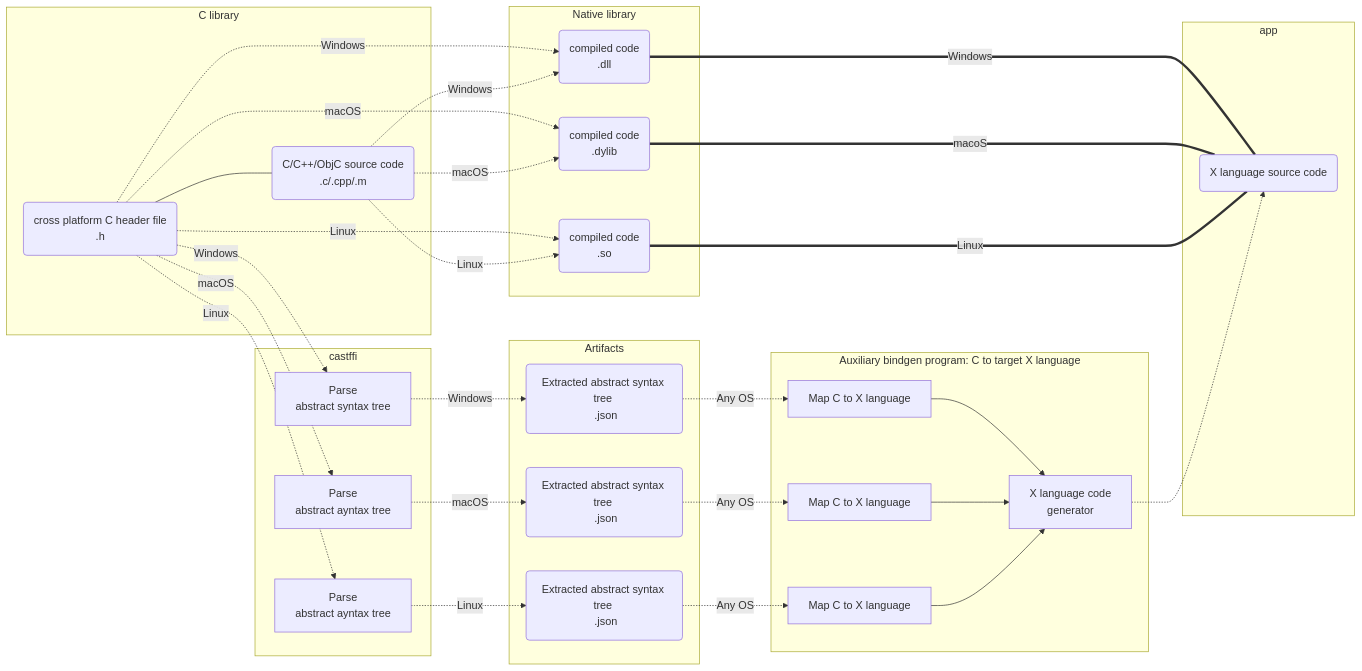
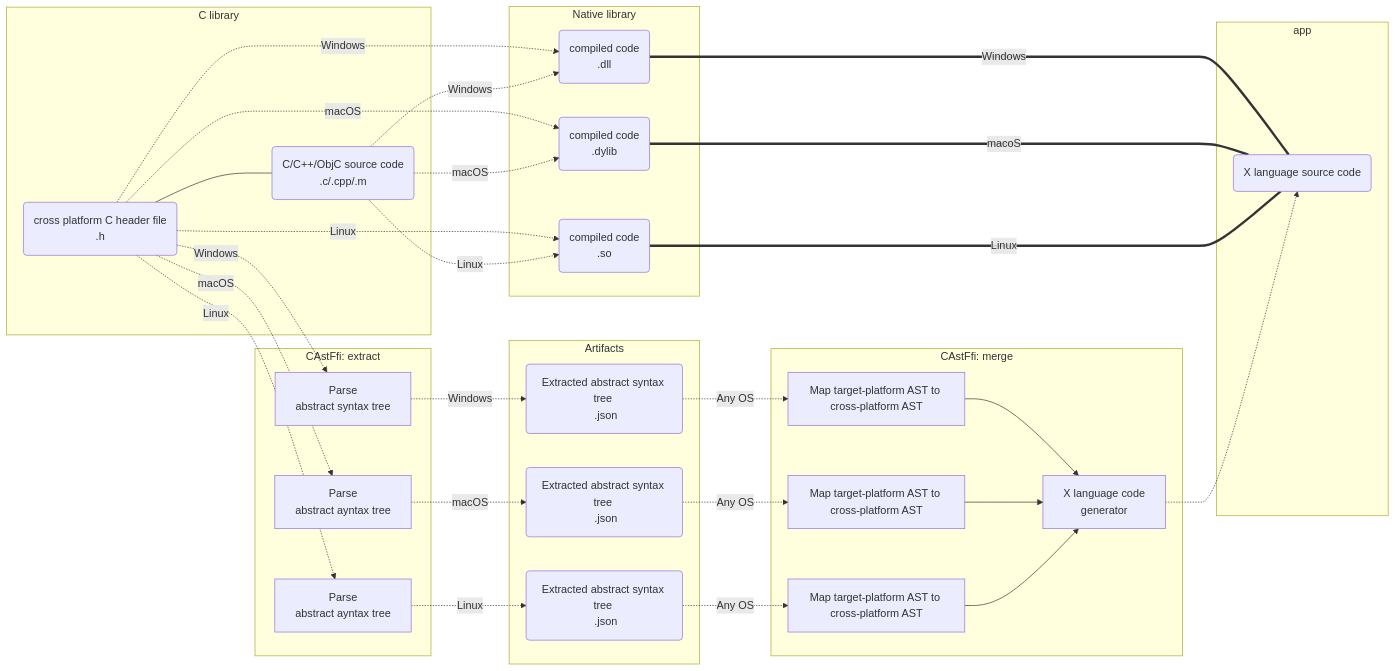
Before and after one commit to bottlenoselabs/CAstFfi: the diagram in README.md, drawn with Mermaid. The commit also changed other lines of this file, not shown here.

````diff
--- a/README.md
+++ b/README.md
@@ -25,78 +25,78 @@
 ```mermaid
 graph LR
 
     subgraph C library
 
     C_HEADER(cross platform C header file <br> .h)
     C_SOURCE(C/C++/ObjC source code <br> .c/.cpp/.m)
 
     C_HEADER --- C_SOURCE
 
     end
 
-    subgraph castffi
+    subgraph CAstFfi: extract
 
     PARSE_AST_WINDOWS[Parse <br> abstract syntax tree]
     PARSE_AST_MACOS[Parse <br> abstract ayntax tree]
     PARSE_AST_LINUX[Parse <br> abstract ayntax tree]
 
     C_HEADER -.-> |Windows| PARSE_AST_WINDOWS
     C_HEADER -.-> |macOS| PARSE_AST_MACOS
     C_HEADER -.-> |Linux| PARSE_AST_LINUX
 
     end
 
     subgraph Native library
 
     C_COMPILED_WINDOWS(compiled code <br> .dll)
     C_COMPILED_MACOS(compiled code <br> .dylib)
     C_COMPILED_LINUX(compiled code <br> .so)
 
     end
 
     subgraph Artifacts
     
     C_HEADER -.-> |Windows| C_COMPILED_WINDOWS
     C_SOURCE -.-> |Windows| C_COMPILED_WINDOWS
 
     C_HEADER -.-> |macOS| C_COMPILED_MACOS
     C_SOURCE -.-> |macOS| C_COMPILED_MACOS
 
     C_HEADER -.-> |Linux| C_COMPILED_LINUX
     C_SOURCE -.-> |Linux| C_COMPILED_LINUX
 
     JSON_AST_WINDOWS(Extracted abstract syntax tree <br> .json)
     JSON_AST_MACOS(Extracted abstract syntax tree <br> .json)
     JSON_AST_LINUX(Extracted abstract syntax tree <br> .json)
 
     PARSE_AST_WINDOWS -.-> |Windows| JSON_AST_WINDOWS
     PARSE_AST_MACOS -.-> |macOS| JSON_AST_MACOS
     PARSE_AST_LINUX -.-> |Linux| JSON_AST_LINUX
 
     end
 
-    subgraph Auxiliary bindgen program: C to target X language
+    subgraph CAstFfi: merge
 
-    X_MAP_WINDOWS[Map C to X language]
-    X_MAP_MACOS[Map C to X language]
-    X_MAP_LINUX[Map C to X language]
+    X_MAP_WINDOWS[Map target-platform AST to cross-platform AST]
+    X_MAP_MACOS[Map target-platform AST to cross-platform AST]
+    X_MAP_LINUX[Map target-platform AST to cross-platform AST]
 
     JSON_AST_WINDOWS -.-> |Any OS| X_MAP_WINDOWS
     JSON_AST_MACOS -.-> |Any OS| X_MAP_MACOS
     JSON_AST_LINUX -.-> |Any OS| X_MAP_LINUX
 
     X_MAP_WINDOWS --> X_CODE_GENERATOR[X language code <br> generator]
     X_MAP_MACOS --> X_CODE_GENERATOR
     X_MAP_LINUX --> X_CODE_GENERATOR
 
     end
 
     subgraph app
 
     C_COMPILED_WINDOWS === |Windows| X_SOURCE
     C_COMPILED_MACOS === |macoS| X_SOURCE
     C_COMPILED_LINUX === |Linux| X_SOURCE
     X_CODE_GENERATOR -.-> X_SOURCE(X language source code)
 
     end
 ```
````
